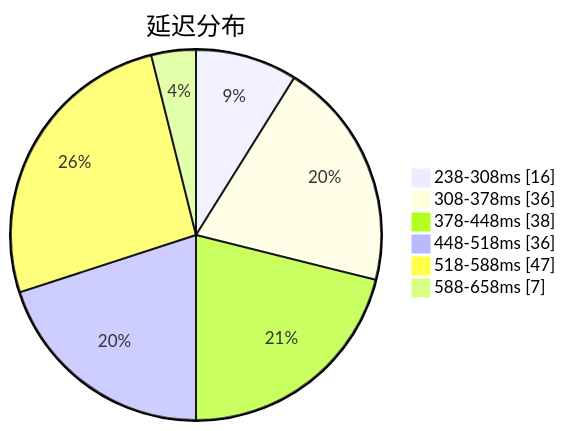
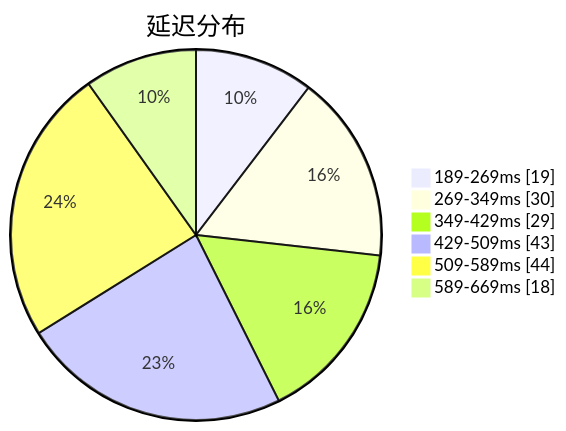
The first of 3 diagrams in subs/statistics/tested_within.md (qjlxg/airport), drawn with Mermaid before and after one commit. The commit also changed other lines of this file and 2 other files, not shown here.

````diff
--- a/subs/statistics/tested_within.md
+++ b/subs/statistics/tested_within.md
@@ -2,10 +2,10 @@
 ```mermaid
 pie showData
 title 延迟分布
-"238-308ms" : 16
-"308-378ms" : 36
-"378-448ms" : 38
-"448-518ms" : 36
-"518-588ms" : 47
-"588-658ms" : 7
+"189-269ms" : 19
+"269-349ms" : 30
+"349-429ms" : 29
+"429-509ms" : 43
+"509-589ms" : 44
+"589-669ms" : 18
 ```
````
